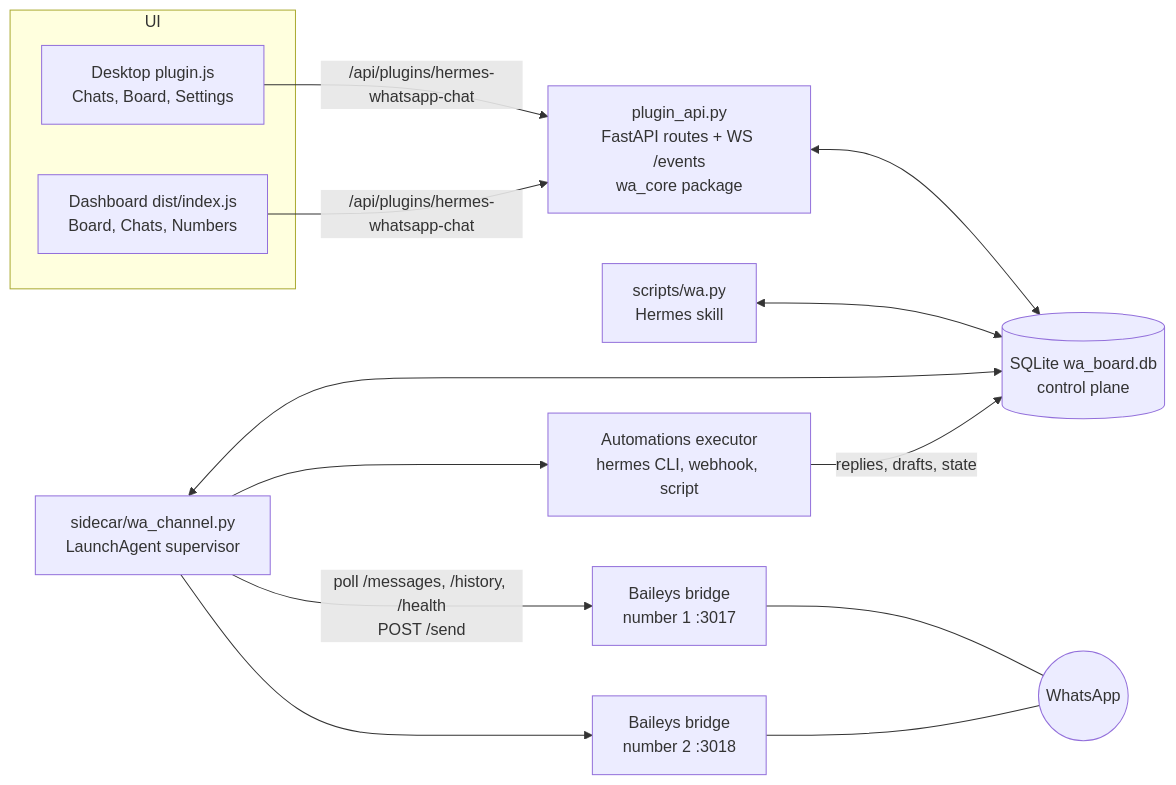
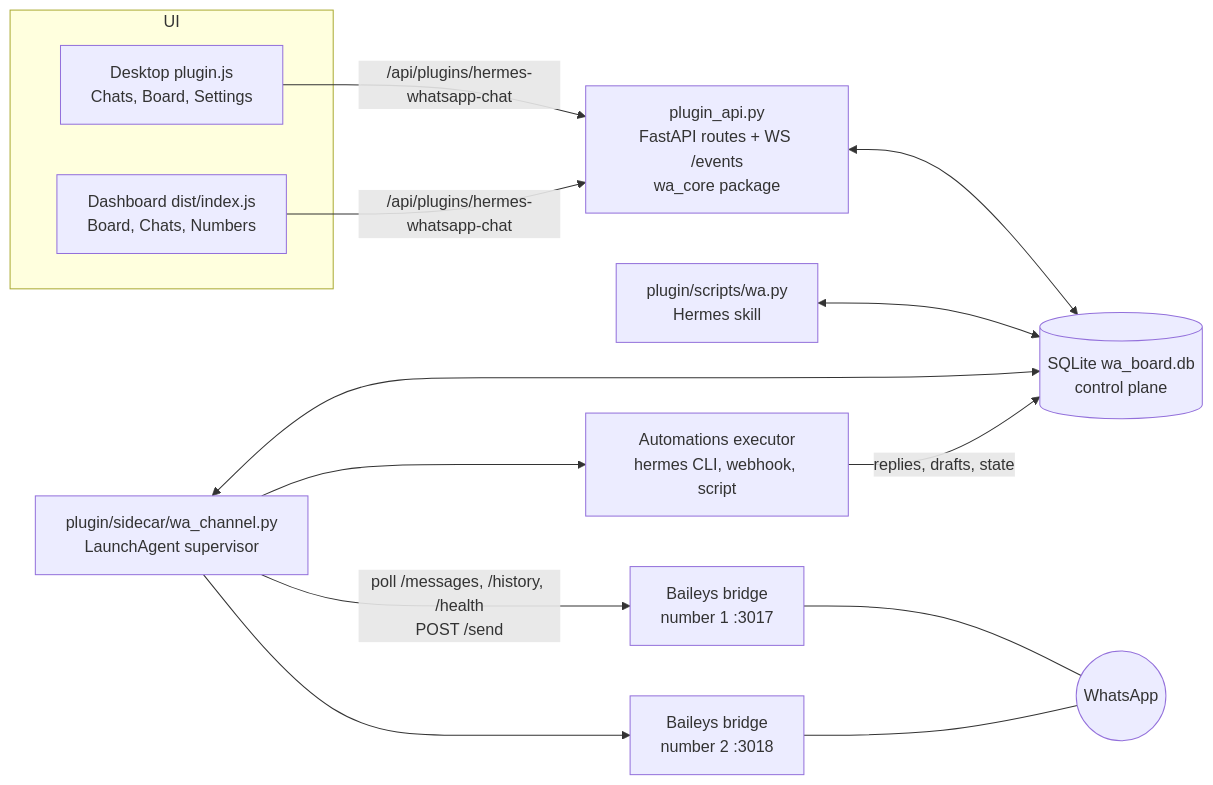
One commit to singleflo/hermes-whatsapp-chat changed the diagram in README.md. Above: the diagram before and after it, drawn with Mermaid. The commit also changed other lines of this file and 39 other files, not shown here.

Commit message:
Installable from Git: self-contained plugin/ (sidecar, CLI, skill, vendored segno, no-op __init__), service/skill installers in the UI

````diff
--- a/README.md
+++ b/README.md
@@ -126,25 +140,25 @@
 ```mermaid
 flowchart LR
   subgraph UI
     D[Desktop plugin.js<br/>Chats, Board, Settings]
     W[Dashboard dist/index.js<br/>Board, Chats, Numbers]
   end
   API[plugin_api.py<br/>FastAPI routes + WS /events<br/>wa_core package]
   DB[(SQLite wa_board.db<br/>control plane)]
-  S[sidecar/wa_channel.py<br/>LaunchAgent supervisor]
+  S[plugin/sidecar/wa_channel.py<br/>LaunchAgent supervisor]
   B1[Baileys bridge<br/>number 1 :3017]
   B2[Baileys bridge<br/>number 2 :3018]
   A[Automations executor<br/>hermes CLI, webhook, script]
-  CLI[scripts/wa.py<br/>Hermes skill]
+  CLI[plugin/scripts/wa.py<br/>Hermes skill]
   D -->|/api/plugins/hermes-whatsapp-chat| API
   W -->|/api/plugins/hermes-whatsapp-chat| API
   API <--> DB
   CLI <--> DB
   S <--> DB
   S -->|poll /messages, /history, /health<br/>POST /send| B1
   S --> B2
   S --> A
   A -->|replies, drafts, state| DB
   B1 --- WA((WhatsApp))
   B2 --- WA
 ```
````
